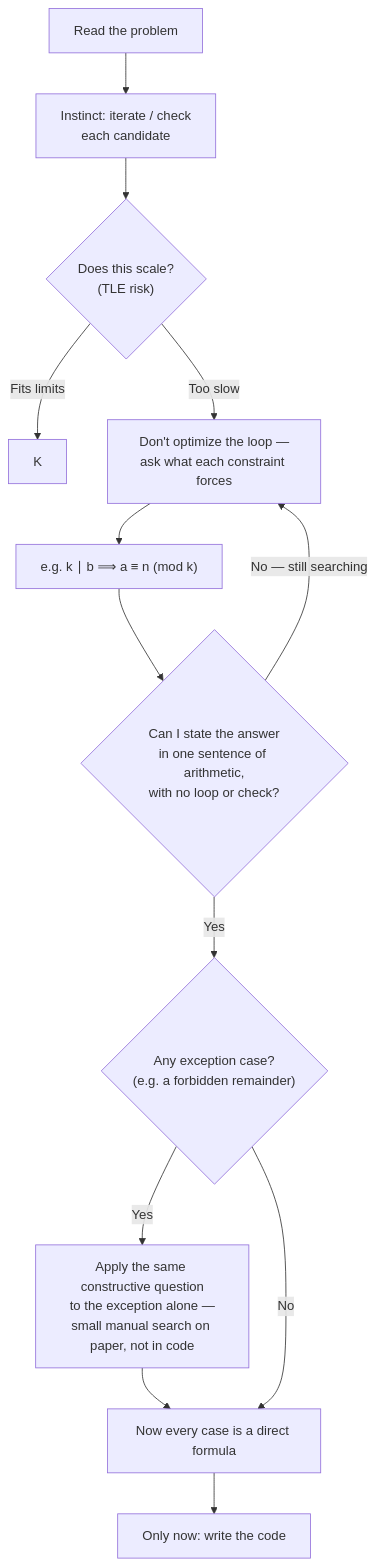
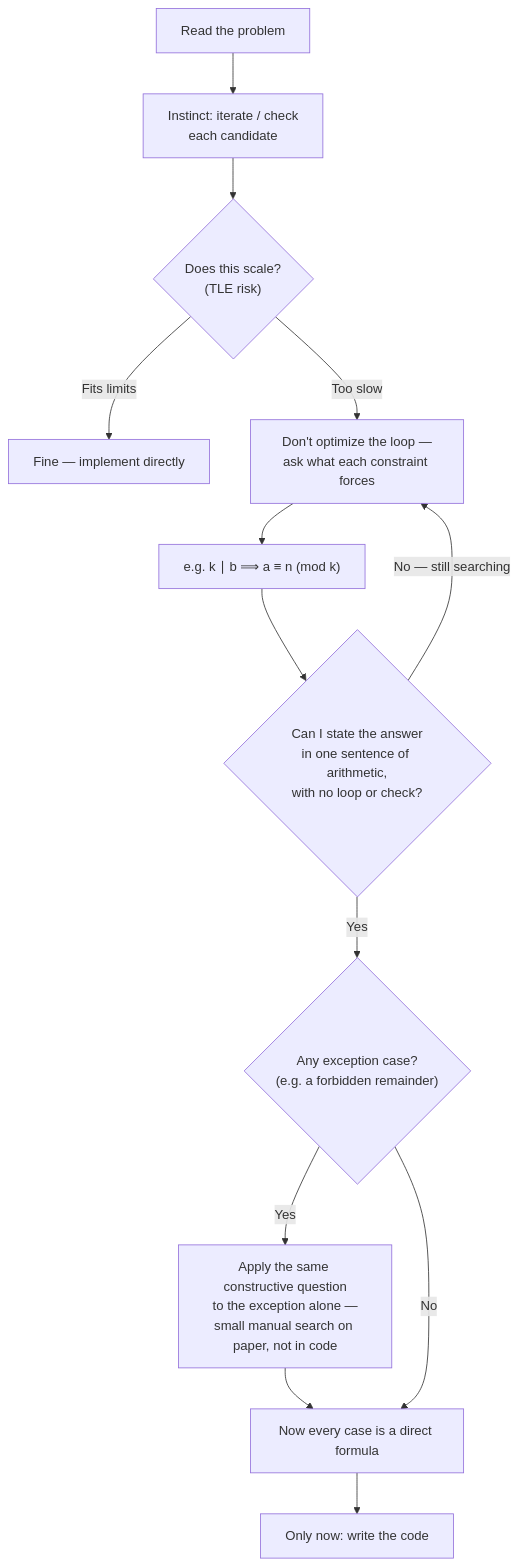
One commit to Mojahidul21/My-Competitive-Programming-Journey changed the diagram in General Tricks & Techniques/Contest Strategy/Contest Math Thinking.md. Above: the diagram before and after it, drawn with Mermaid.

Commit message:
Update Contest Math Thinking.md

````diff
--- a/General Tricks & Techniques/Contest Strategy/Contest Math Thinking.md
+++ b/General Tricks & Techniques/Contest Strategy/Contest Math Thinking.md
@@ -87,15 +87,15 @@
 ```mermaid
 flowchart TD
     A["Read the problem"] --> B["Instinct: iterate / check<br/>each candidate"]
     B --> C{"Does this scale?<br/>(TLE risk)"}
-    C -- "Fits limits" --> K
+    C -- "Fits limits" --> Z["Fine — implement directly"]
     C -- "Too slow" --> D["Don't optimize the loop —<br/>ask what each constraint forces"]
     D --> E["e.g. k ∣ b  ⟹  a ≡ n (mod k)"]
     E --> F{"Can I state the answer<br/>in one sentence of arithmetic,<br/>with no loop or check?"}
     F -- "No — still searching" --> D
     F -- "Yes" --> G{"Any exception case?<br/>(e.g. a forbidden remainder)"}
     G -- "Yes" --> H["Apply the same constructive question<br/>to the exception alone —<br/>small manual search on paper, not in code"]
     H --> I["Now every case is a direct formula"]
     G -- "No" --> I
     I --> J["Only now: write the code"]
 ```
````
